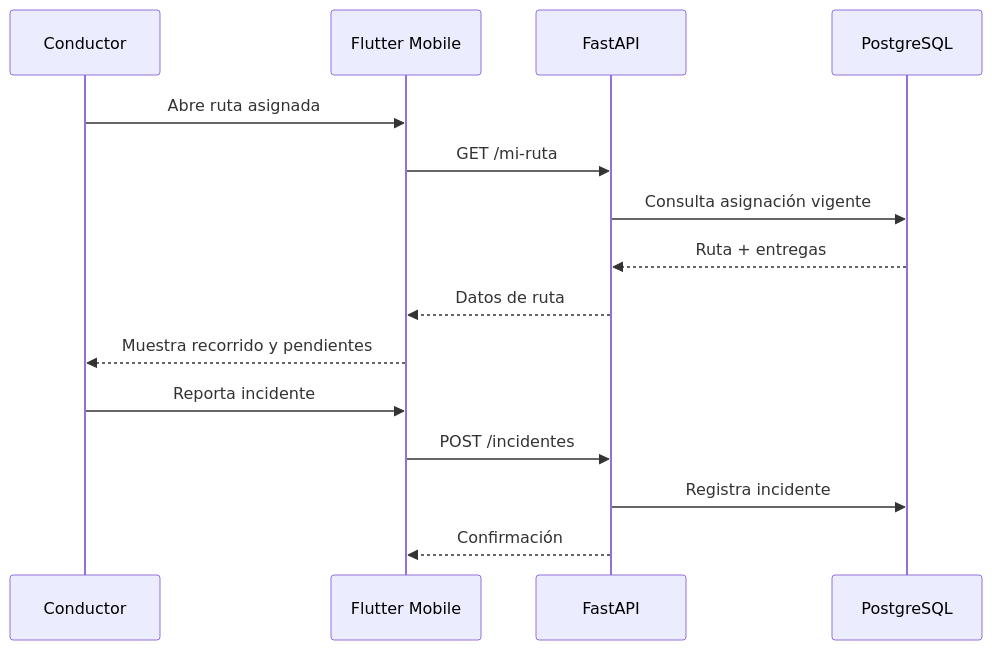
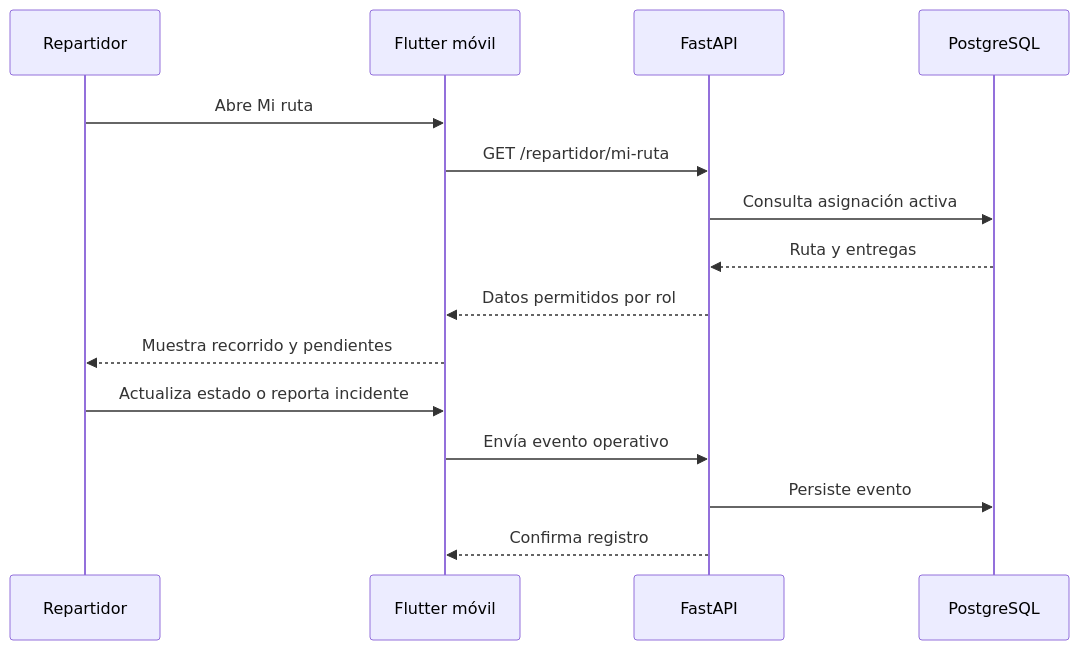
Before and after one commit to DartBlackLink/PFA: the fifth of 5 diagrams in docs/01 Inicio/12. Modelo C4 V_1_0_0.md, drawn with Mermaid. The commit also changed other lines of this file and 17 other files, not shown here.

````diff
--- a/docs/01 Inicio/12. Modelo C4 V_1_0_0.md
+++ b/docs/01 Inicio/12. Modelo C4 V_1_0_0.md
@@ -274,19 +103,18 @@
 ```mermaid
 sequenceDiagram
-    participant C as Conductor
-    participant M as Flutter Mobile
-    participant A as FastAPI
+    participant R as Repartidor
+    participant M as Flutter móvil
+    participant API as FastAPI
     participant DB as PostgreSQL
 
-    C->>M: Abre ruta asignada
-    M->>A: GET /mi-ruta
-    A->>DB: Consulta asignación vigente
-    DB-->>A: Ruta + entregas
-    A-->>M: Datos de ruta
-    M-->>C: Muestra recorrido y pendientes
-
-    C->>M: Reporta incidente
-    M->>A: POST /incidentes
-    A->>DB: Registra incidente
-    A-->>M: Confirmación
+    R->>M: Abre Mi ruta
+    M->>API: GET /repartidor/mi-ruta
+    API->>DB: Consulta asignación activa
+    DB-->>API: Ruta y entregas
+    API-->>M: Datos permitidos por rol
+    M-->>R: Muestra recorrido y pendientes
+    R->>M: Actualiza estado o reporta incidente
+    M->>API: Envía evento operativo
+    API->>DB: Persiste evento
+    API-->>M: Confirma registro
 ```
````
